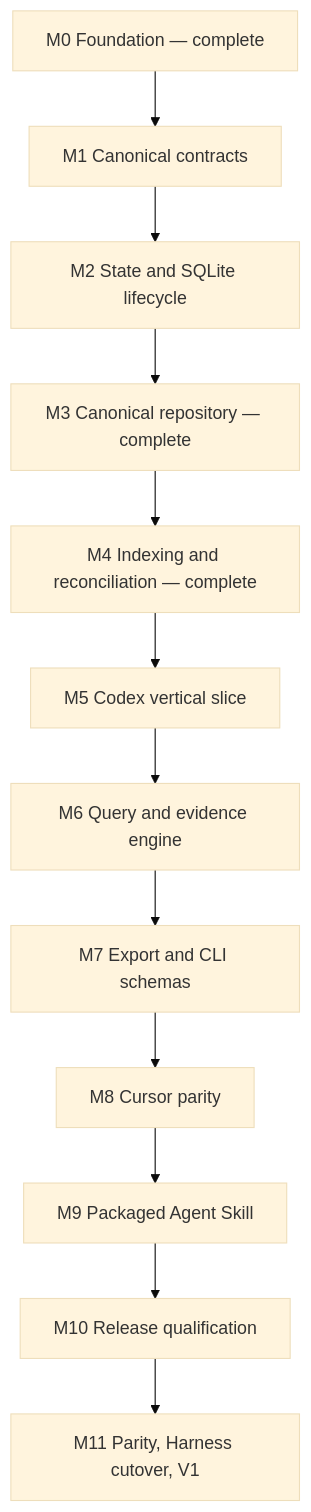
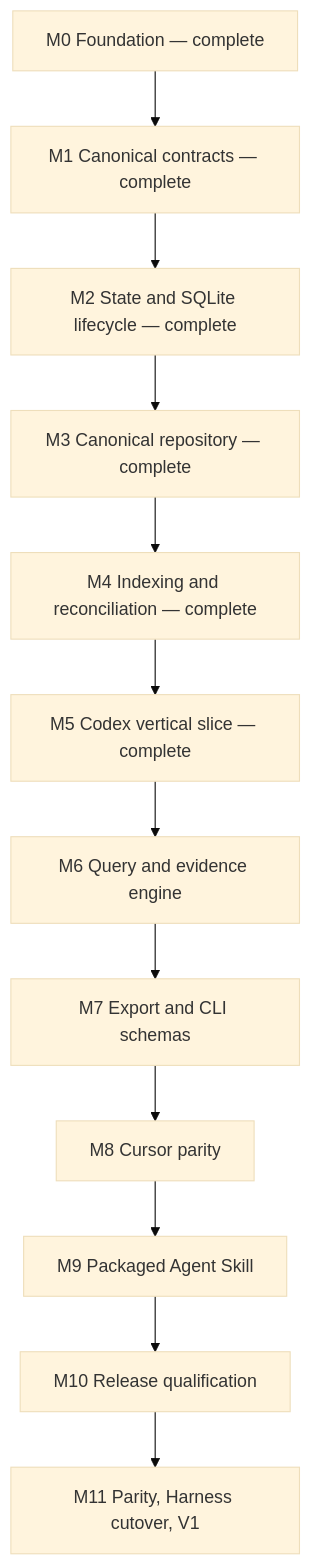
One commit to ferueda/sessions changed the diagram in dev/plans/260713-v1-implementation-roadmap.md. Above: the diagram before and after it, drawn with Mermaid (base theme). The commit also changed other lines of this file and 13 other files, not shown here.

````diff
--- a/dev/plans/260713-v1-implementation-roadmap.md
+++ b/dev/plans/260713-v1-implementation-roadmap.md
@@ -80,14 +86,14 @@
 ```mermaid
 flowchart TD
-  M0["M0 Foundation — complete"] --> M1["M1 Canonical contracts"]
-  M1 --> M2["M2 State and SQLite lifecycle"]
+  M0["M0 Foundation — complete"] --> M1["M1 Canonical contracts — complete"]
+  M1 --> M2["M2 State and SQLite lifecycle — complete"]
   M2 --> M3["M3 Canonical repository — complete"]
   M3 --> M4["M4 Indexing and reconciliation — complete"]
-  M4 --> M5["M5 Codex vertical slice"]
+  M4 --> M5["M5 Codex vertical slice — complete"]
   M5 --> M6["M6 Query and evidence engine"]
   M6 --> M7["M7 Export and CLI schemas"]
   M7 --> M8["M8 Cursor parity"]
   M8 --> M9["M9 Packaged Agent Skill"]
   M9 --> M10["M10 Release qualification"]
   M10 --> M11["M11 Parity, Harness cutover, V1"]
 ```
````
